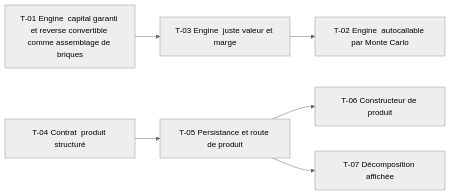
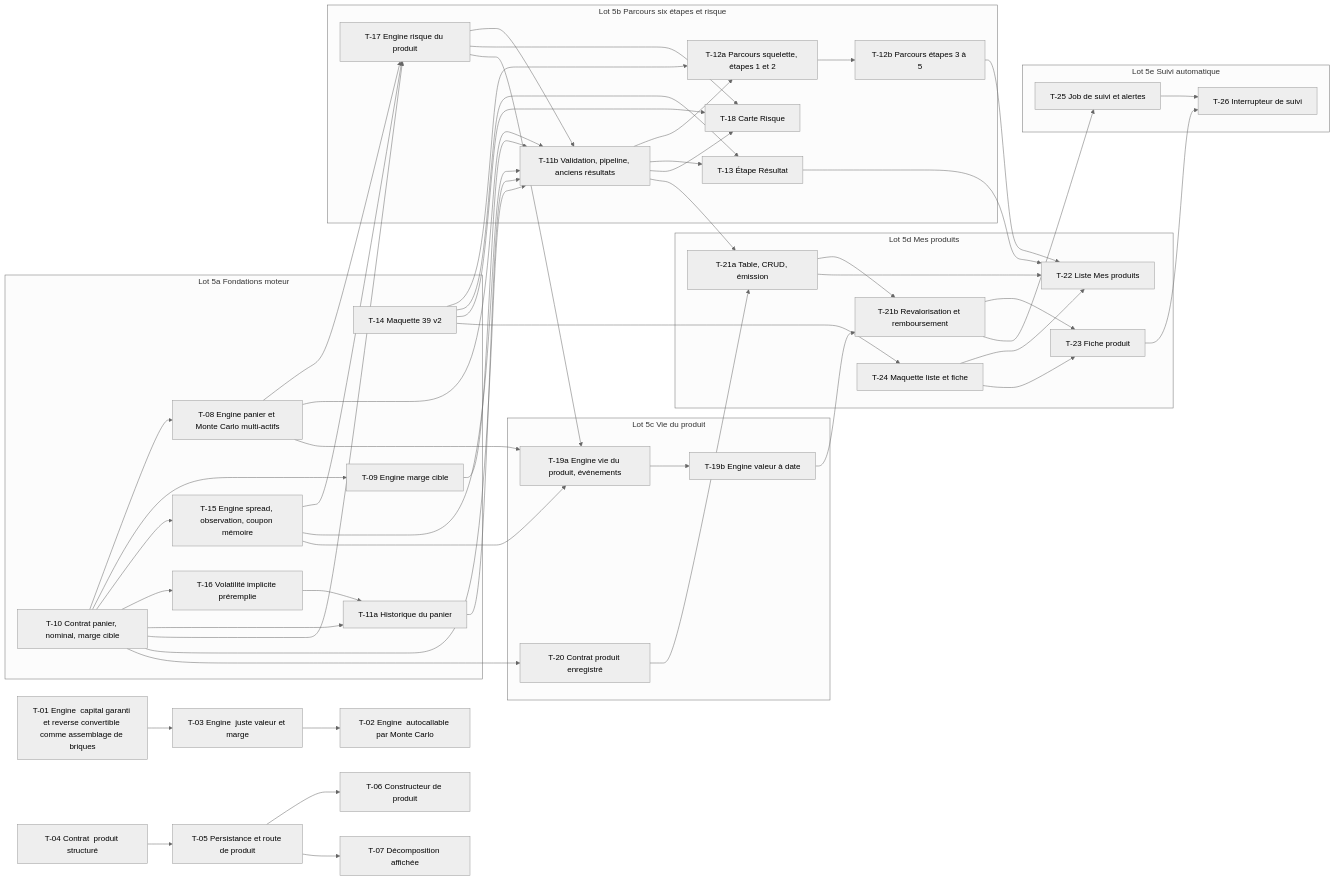
One commit to Matsuel/Azimut changed the diagram in roadmap/21-produits-structures/TASKS.md. Above: the diagram before and after it, drawn with Mermaid (neutral theme). The commit also changed other lines of this file and 3 other files, not shown here.

First line of the commit message:
docs(roadmap): découpage de la feature 21 en lots 5a à 5e, une PR par lot (21)

````diff
--- a/roadmap/21-produits-structures/TASKS.md
+++ b/roadmap/21-produits-structures/TASKS.md
@@ -43,4 +75,79 @@
     T04 --> T05
     T05 --> T06
     T05 --> T07
+    subgraph L5a[Lot 5a Fondations moteur]
+        T10[T-10 Contrat panier, nominal, marge cible]
+        T14[T-14 Maquette 39 v2]
+        T08[T-08 Engine panier et Monte Carlo multi-actifs]
+        T09[T-09 Engine marge cible]
+        T15[T-15 Engine spread, observation, coupon mémoire]
+        T16[T-16 Volatilité implicite préremplie]
+        T11a[T-11a Historique du panier]
+    end
+    subgraph L5b[Lot 5b Parcours six étapes et risque]
+        T17[T-17 Engine risque du produit]
+        T11b[T-11b Validation, pipeline, anciens résultats]
+        T12a[T-12a Parcours squelette, étapes 1 et 2]
+        T12b[T-12b Parcours étapes 3 à 5]
+        T13[T-13 Étape Résultat]
+        T18[T-18 Carte Risque]
+    end
+    subgraph L5c[Lot 5c Vie du produit]
+        T20[T-20 Contrat produit enregistré]
+        T19a[T-19a Engine vie du produit, événements]
+        T19b[T-19b Engine valeur à date]
+    end
+    subgraph L5d[Lot 5d Mes produits]
+        T24[T-24 Maquette liste et fiche]
+        T21a[T-21a Table, CRUD, émission]
+        T21b[T-21b Revalorisation et remboursement]
+        T22[T-22 Liste Mes produits]
+        T23[T-23 Fiche produit]
+    end
+    subgraph L5e[Lot 5e Suivi automatique]
+        T25[T-25 Job de suivi et alertes]
+        T26[T-26 Interrupteur de suivi]
+    end
+    T10 --> T08
+    T10 --> T09
+    T10 --> T15
+    T10 --> T16
+    T10 --> T11a
+    T16 --> T11a
+    T10 --> T17
+    T08 --> T17
+    T15 --> T17
+    T08 --> T11b
+    T09 --> T11b
+    T10 --> T11b
+    T15 --> T11b
+    T17 --> T11b
+    T11a --> T11b
+    T11b --> T12a
+    T14 --> T12a
+    T12a --> T12b
+    T11b --> T13
+    T14 --> T13
+    T11b --> T18
+    T14 --> T18
+    T17 --> T18
+    T10 --> T20
+    T08 --> T19a
+    T15 --> T19a
+    T17 --> T19a
+    T19a --> T19b
+    T14 --> T24
+    T11b --> T21a
+    T20 --> T21a
+    T21a --> T21b
+    T19b --> T21b
+    T13 --> T22
+    T12b --> T22
+    T21a --> T22
+    T24 --> T22
+    T21b --> T23
+    T24 --> T23
+    T21b --> T25
+    T23 --> T26
+    T25 --> T26
 ```
````
